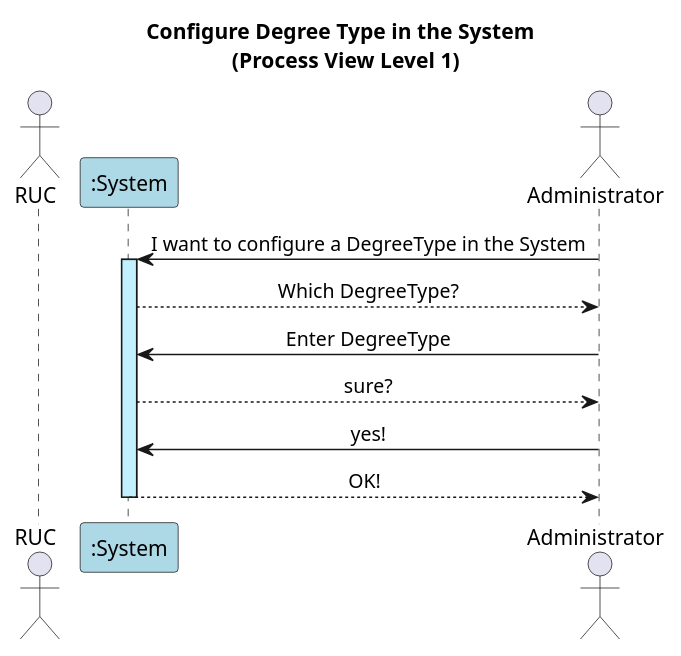
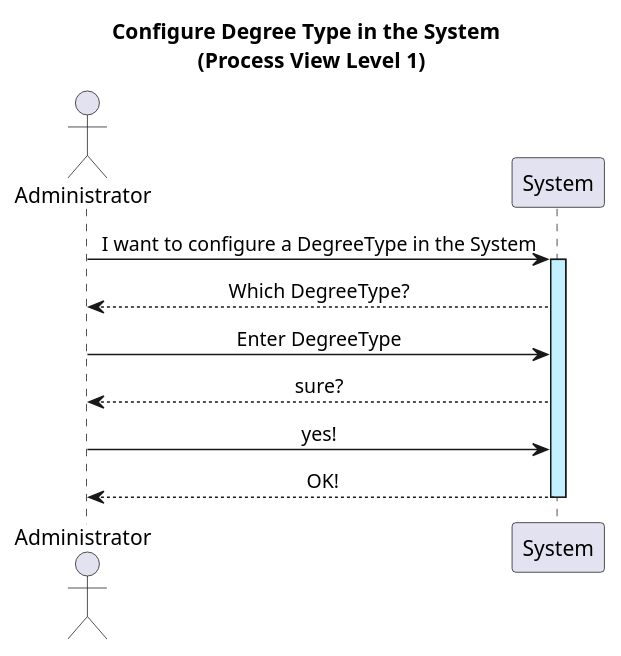
Before and after one commit to GasparISEP/DevOps-PAI: the diagram in docs/US10/REST_API/ProcessView/Level1.puml, drawn with PlantUML.

Commit message:
Level1 diagram fix. #524

```diff
--- a/docs/US10/REST_API/ProcessView/Level1.puml
+++ b/docs/US10/REST_API/ProcessView/Level1.puml
@@ -1,18 +1,16 @@
 @startuml
 
 skinparam sequenceMessageAlign center
 skinparam sequenceLifeLineBackgroundColor lightblue
 title: Configure Degree Type in the System \n (Process View Level 1)
-actor RUC
-participant ":System" as System #lightblue
 
 actor Administrator
 
 Administrator -> System ++ #application: I want to configure a DegreeType in the System
 System --> Administrator: Which DegreeType?
 Administrator -> System: Enter DegreeType
 System --> Administrator : sure?
 Administrator -> System: yes!
 System --> Administrator --: OK!
 
 @enduml
```
